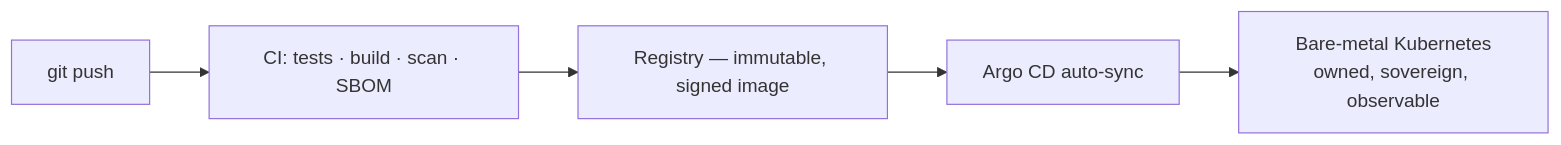
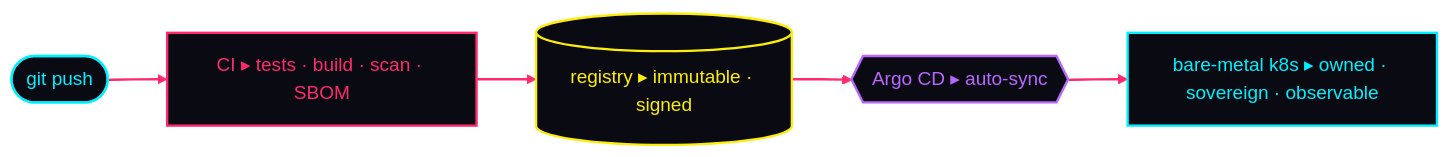
Before and after one commit to beladjioo/beladjioo: the diagram in README.md, drawn with Mermaid. The commit also changed other lines of this file and 1 other file, not shown here.

````diff
--- a/README.md
+++ b/README.md
@@ -21,7 +42,17 @@
 ```mermaid
+%%{init: {'theme': 'base', 'themeVariables': {'fontFamily': 'monospace'}}}%%
 flowchart LR
-    A[git push] --> B[CI: tests · build · scan · SBOM]
-    B --> C[Registry — immutable, signed image]
-    C --> D[Argo CD auto-sync]
-    D --> E[Bare-metal Kubernetes<br/>owned, sovereign, observable]
+    A(["git push"]) ==> B["CI ▸ tests · build · scan · SBOM"]
+    B ==> C[("registry ▸ immutable · signed")]
+    C ==> D{{"Argo CD ▸ auto-sync"}}
+    D ==> E["bare-metal k8s ▸ owned · sovereign · observable"]
+    classDef cyan fill:#0a0a12,stroke:#00f0ff,stroke-width:2px,color:#00f0ff
+    classDef mag fill:#0a0a12,stroke:#ff2a6d,stroke-width:2px,color:#ff2a6d
+    classDef yel fill:#0a0a12,stroke:#fcee0a,stroke-width:2px,color:#fcee0a
+    classDef pur fill:#0a0a12,stroke:#b967ff,stroke-width:2px,color:#b967ff
+    class A,E cyan
+    class B mag
+    class C yel
+    class D pur
+    linkStyle default stroke:#ff2a6d,stroke-width:2px
 ```
````
